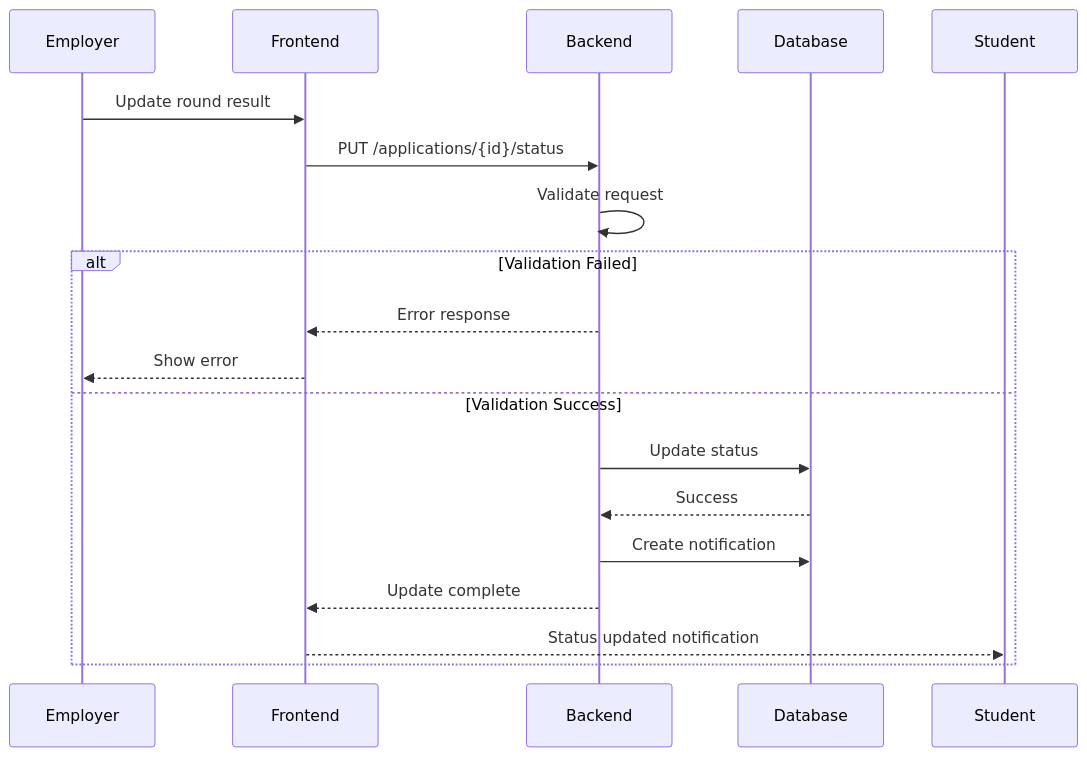
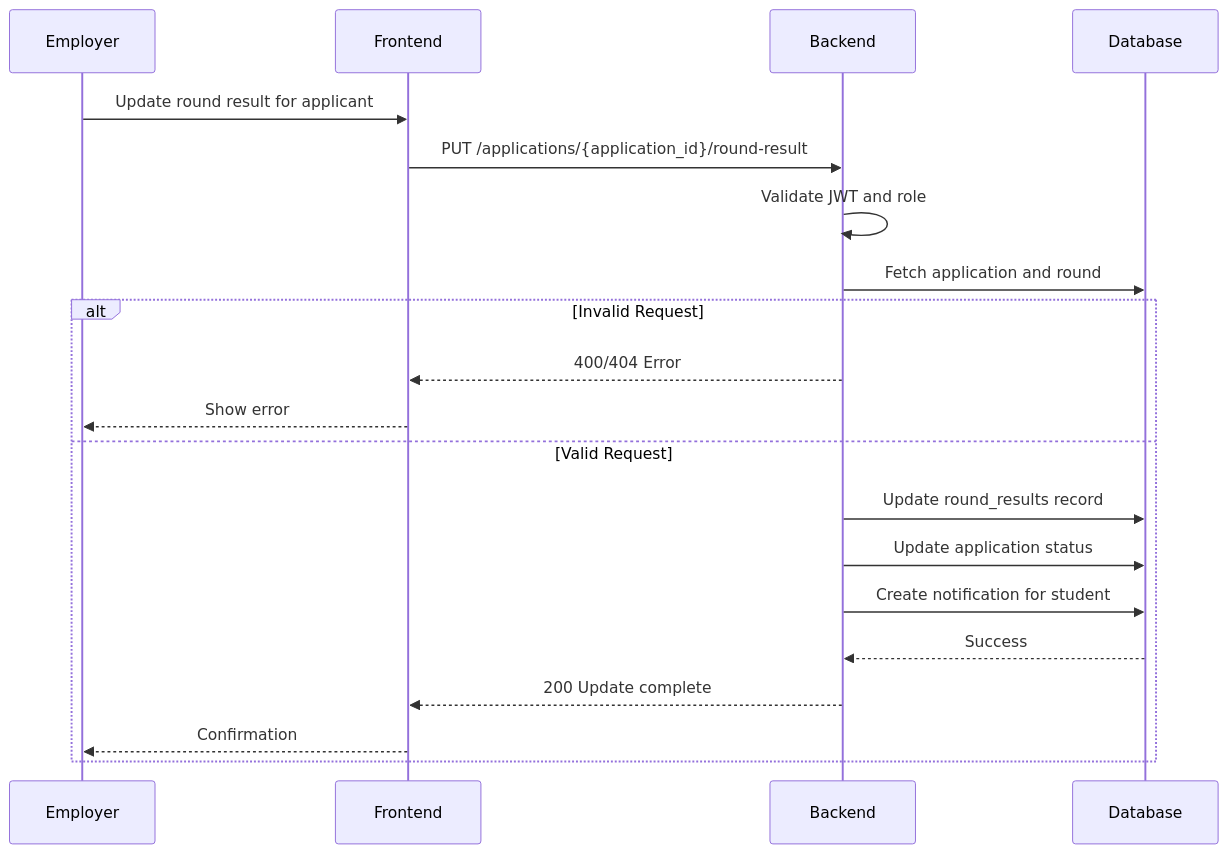
One commit to Fahim-004/Team_04_JavaFS changed the eighth of 9 diagrams in instructions/Documentation/Sequence_diagrams.md. Above: the diagram before and after it, drawn with Mermaid. The commit also changed other lines of this file, not shown here.

First line of the commit message:
Revise sequence diagrams for clarity and updates

````diff
--- a/instructions/Documentation/Sequence_diagrams.md
+++ b/instructions/Documentation/Sequence_diagrams.md
@@ -96,25 +245,25 @@
 ```mermaid
 sequenceDiagram
-
     participant Employer
     participant Frontend
     participant Backend
     participant Database
-    participant Student
 
-    Employer->>Frontend: Update round result
-    Frontend->>Backend: PUT /applications/{id}/status
+    Employer->>Frontend: Update round result for applicant
+    Frontend->>Backend: PUT /applications/{application_id}/round-result
 
-    Backend->>Backend: Validate request
+    Backend->>Backend: Validate JWT and role
+    Backend->>Database: Fetch application and round
 
-    alt Validation Failed
-        Backend-->>Frontend: Error response
+    alt Invalid Request
+        Backend-->>Frontend: 400/404 Error
         Frontend-->>Employer: Show error
-    else Validation Success
-        Backend->>Database: Update status
+    else Valid Request
+        Backend->>Database: Update round_results record
+        Backend->>Database: Update application status
+        Backend->>Database: Create notification for student
         Database-->>Backend: Success
-        Backend->>Database: Create notification
-        Backend-->>Frontend: Update complete
-        Frontend-->>Student: Status updated notification
+        Backend-->>Frontend: 200 Update complete
+        Frontend-->>Employer: Confirmation
     end
 ```
````
